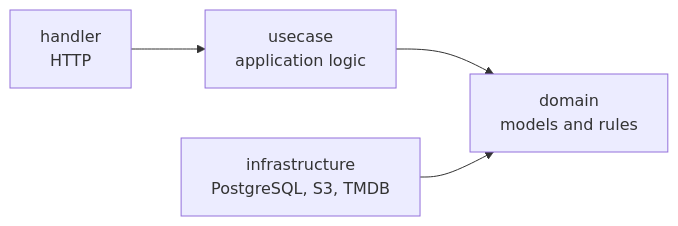
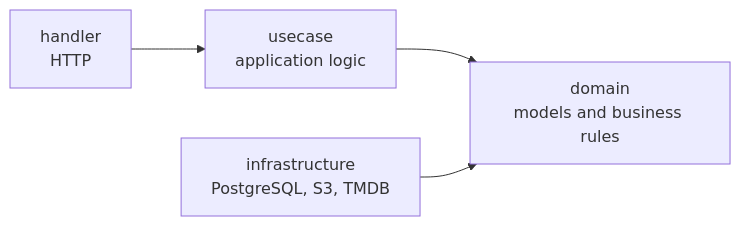
The second of 3 diagrams in README.md (masaya-nishimura-09/movie-log-api), drawn with Mermaid before and after one commit. The commit also changed other lines of this file and 1 other file, not shown here.

Commit message:
docs: update README for clarity and accuracy, including architecture and feature descriptions

````diff
--- a/README.md
+++ b/README.md
@@ -37,6 +40,6 @@
 ```mermaid
 flowchart LR
     handler["handler<br/>HTTP"] --> usecase["usecase<br/>application logic"]
-    usecase --> domain["domain<br/>models and rules"]
+    usecase --> domain["domain<br/>models and business rules"]
     infrastructure["infrastructure<br/>PostgreSQL, S3, TMDB"] --> domain
 ```
````
